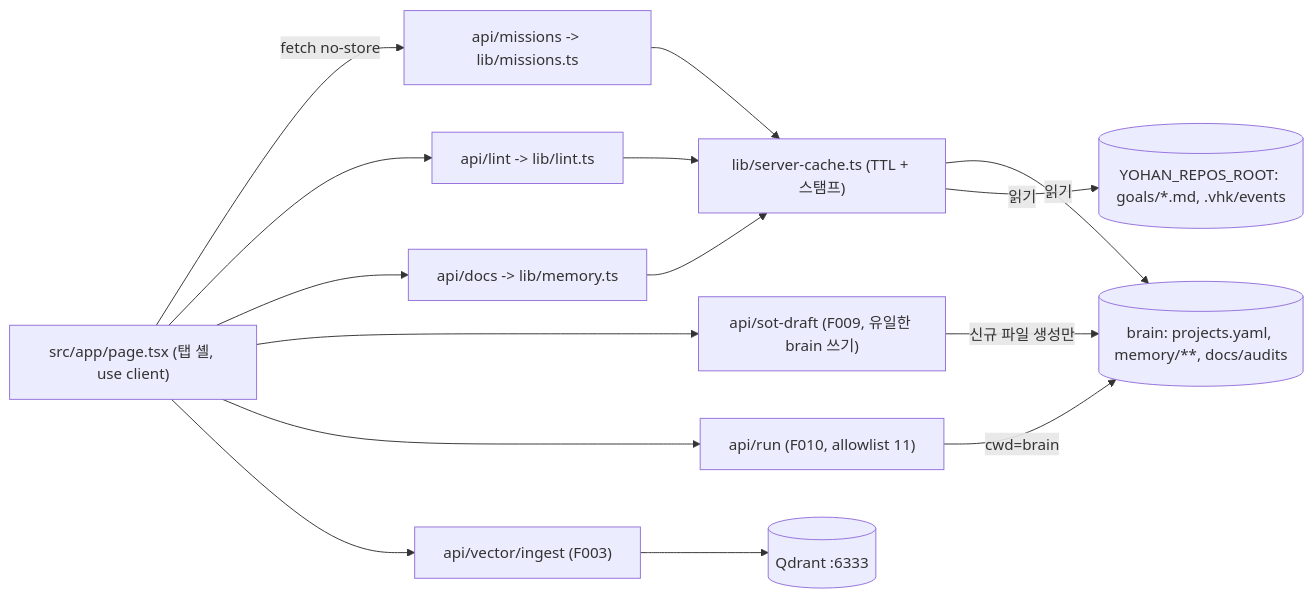
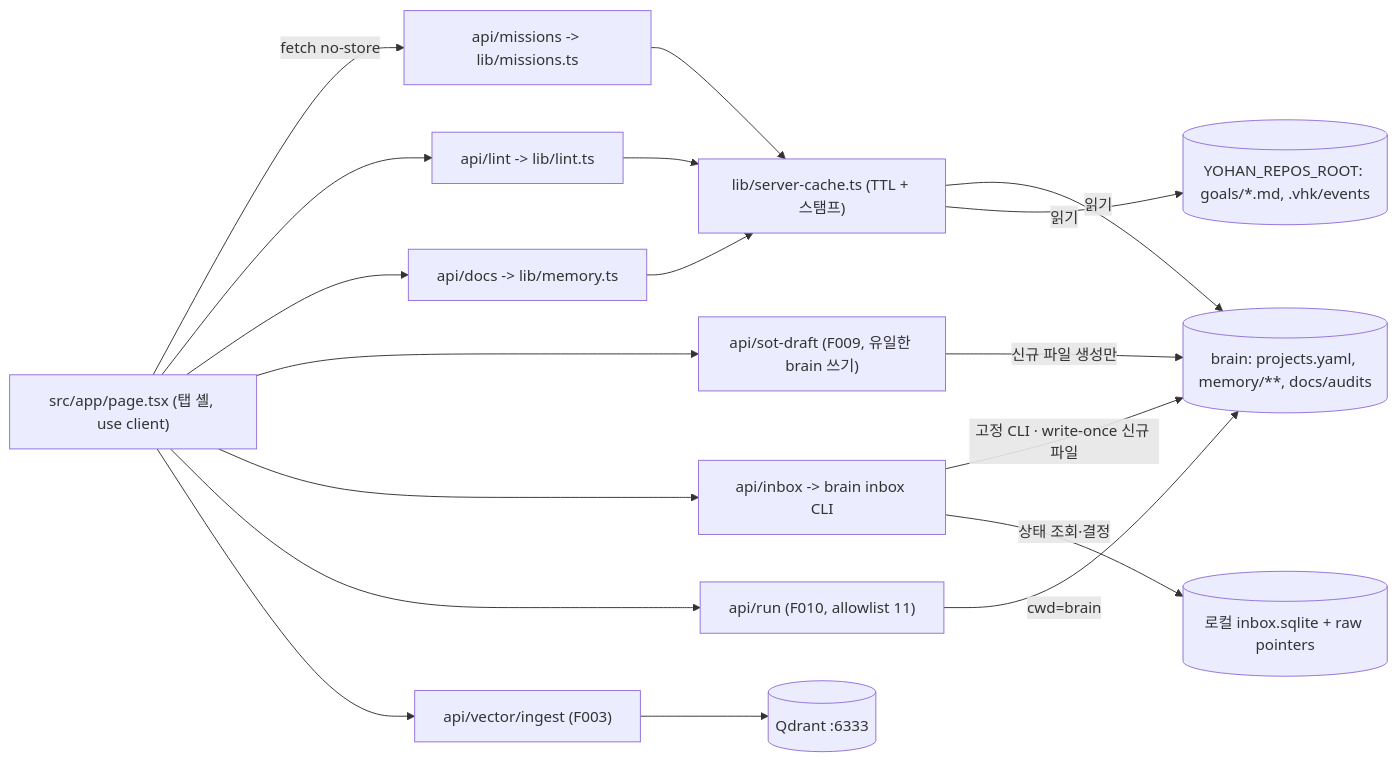
One commit to byh3071-cpu/yohan-control-tower changed the diagram in docs/ARCHITECTURE.md. Above: the diagram before and after it, drawn with Mermaid. The commit also changed other lines of this file and 13 other files, not shown here.

````diff
--- a/docs/ARCHITECTURE.md
+++ b/docs/ARCHITECTURE.md
@@ -75,28 +77,33 @@
 ```mermaid
 flowchart LR
   UI["src/app/page.tsx (탭 셸, use client)"]
   M["api/missions -> lib/missions.ts"]
   L["api/lint -> lib/lint.ts"]
   D["api/docs -> lib/memory.ts"]
   S["api/sot-draft (F009, 유일한 brain 쓰기)"]
+  I["api/inbox -> brain inbox CLI"]
   R["api/run (F010, allowlist 11)"]
   V["api/vector/ingest (F003)"]
   CACHE["lib/server-cache.ts (TTL + 스탬프)"]
   BRAIN[("brain: projects.yaml, memory/**, docs/audits")]
+  INBOX[("로컬 inbox.sqlite + raw pointers")]
   REPOS[("YOHAN_REPOS_ROOT: goals/*.md, .vhk/events")]
   Q[("Qdrant :6333")]
   UI -->|fetch no-store| M
   UI --> L
   UI --> D
   UI --> S
+  UI --> I
   UI --> R
   UI --> V
   M --> CACHE
   L --> CACHE
   D --> CACHE
   CACHE -->|읽기| BRAIN
   CACHE -->|읽기| REPOS
   R -->|cwd=brain| BRAIN
   S -->|신규 파일 생성만| BRAIN
+  I -->|고정 CLI · write-once 신규 파일| BRAIN
+  I -->|상태 조회·결정| INBOX
   V --> Q
 ```
````
